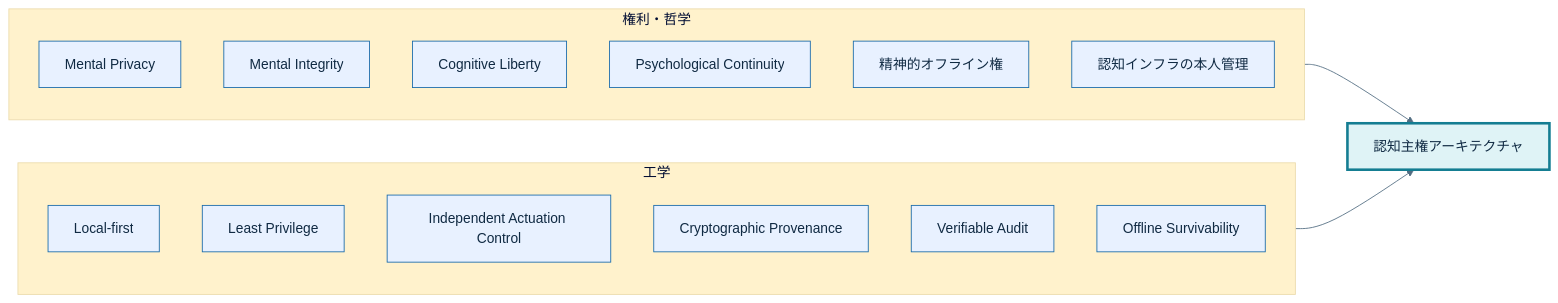
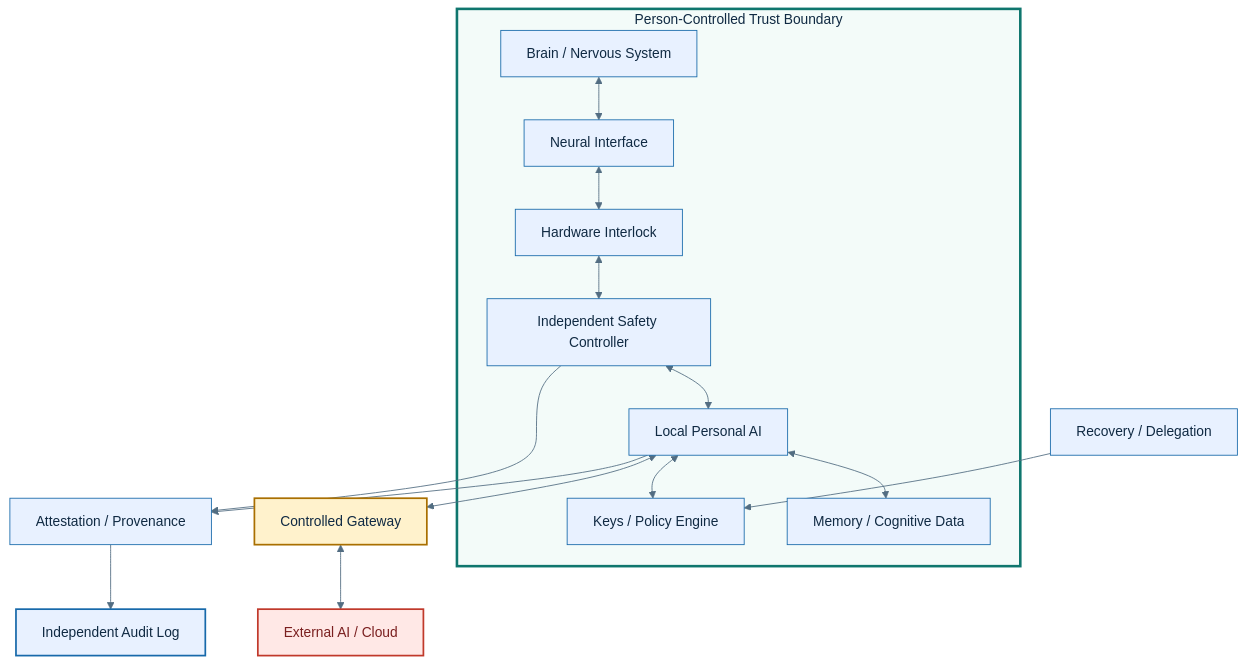
The seventh of 7 diagrams in README.md (kukukucode/cogauth), drawn with Mermaid before and after one commit. The commit also changed other lines of this file, not shown here.

````diff
--- a/README.md
+++ b/README.md
@@ -698,36 +654,47 @@
 ```mermaid
 %%{init: {"theme":"base","themeVariables":{
   "background":"#FFFFFF",
   "primaryColor":"#E8F1FF",
   "primaryTextColor":"#102A43",
   "primaryBorderColor":"#1769AA",
   "secondaryColor":"#DDF4EE",
   "tertiaryColor":"#FFF2CC",
   "lineColor":"#526D82",
-  "textColor":"#102A43",
-  "fontFamily":"Arial, sans-serif"
+  "textColor":"#102A43"
 }}}%%
-flowchart LR
-    subgraph R[権利・哲学]
-        R1[Mental Privacy]
-        R2[Mental Integrity]
-        R3[Cognitive Liberty]
-        R4[Psychological Continuity]
-        R5[精神的オフライン権]
-        R6[認知インフラの本人管理]
+flowchart TB
+    subgraph USER[Person-Controlled Trust Boundary]
+        B[Brain / Nervous System]
+        NI[Neural Interface]
+        PA[Local Personal AI]
+        MEM[Memory / Cognitive Data]
+        POL[Keys / Policy Engine]
+        SC[Independent Safety Controller]
+        HI[Hardware Interlock]
+
+        B <--> NI
+        NI <--> HI
+        HI <--> SC
+        SC <--> PA
+        PA <--> MEM
+        PA <--> POL
     end
 
-    subgraph E[工学]
-        E1[Local-first]
-        E2[Least Privilege]
-        E3[Independent Actuation Control]
-        E4[Cryptographic Provenance]
-        E5[Verifiable Audit]
-        E6[Offline Survivability]
-    end
+    AT[Attestation / Provenance]
+    GW[Controlled Gateway]
+    EXT[External AI / Cloud]
+    AUD[Independent Audit Log]
+    REC[Recovery / Delegation]
 
-    R --> C[認知主権アーキテクチャ]
-    E --> C
+    PA <--> GW
+    GW <--> EXT
+    PA --> AT
+    SC --> AT
+    AT --> AUD
+    REC --> POL
 
-    style C fill:#DFF3F6,stroke:#147D92,stroke-width:3px,color:#102A43
+    style USER fill:#F3FBF9,stroke:#0F766E,stroke-width:3px,color:#102A43
+    style EXT fill:#FFE8E6,stroke:#C0392B,stroke-width:2px,color:#7A1F1F
+    style GW fill:#FFF2CC,stroke:#A96F00,stroke-width:2px,color:#102A43
+    style AUD fill:#E8F1FF,stroke:#1769AA,stroke-width:2px,color:#102A43
 ```
````
